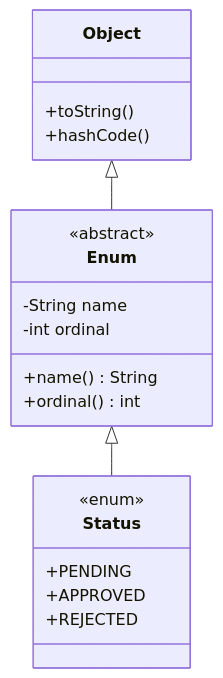
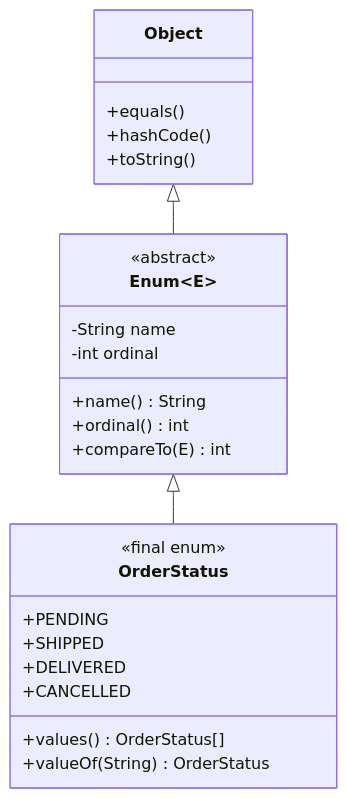
The diagram in content/roadmap/level-2/enums.md (ravishankar2463/java_hub), drawn with Mermaid before and after one commit. The commit also changed other lines of this file, not shown here.

````diff
--- a/content/roadmap/level-2/enums.md
+++ b/content/roadmap/level-2/enums.md
@@ -44,23 +73,29 @@
 ```mermaid
 classDiagram
+    direction TB
     class Object {
+        +equals()
+        +hashCode()
         +toString()
-        +hashCode()
     }
-    class Enum {
+    class Enum~E~ {
         <<abstract>>
         -String name
         -int ordinal
         +name() String
         +ordinal() int
+        +compareTo(E) int
     }
-    class Status {
-        <<enum>>
+    class OrderStatus {
+        <<final enum>>
         +PENDING
-        +APPROVED
-        +REJECTED
+        +SHIPPED
+        +DELIVERED
+        +CANCELLED
+        +values() OrderStatus[]
+        +valueOf(String) OrderStatus
     }
-    
-    Object <|-- Enum
-    Enum <|-- Status
+
+    Object <|-- Enum~E~
+    Enum~E~ <|-- OrderStatus
 ```
````
